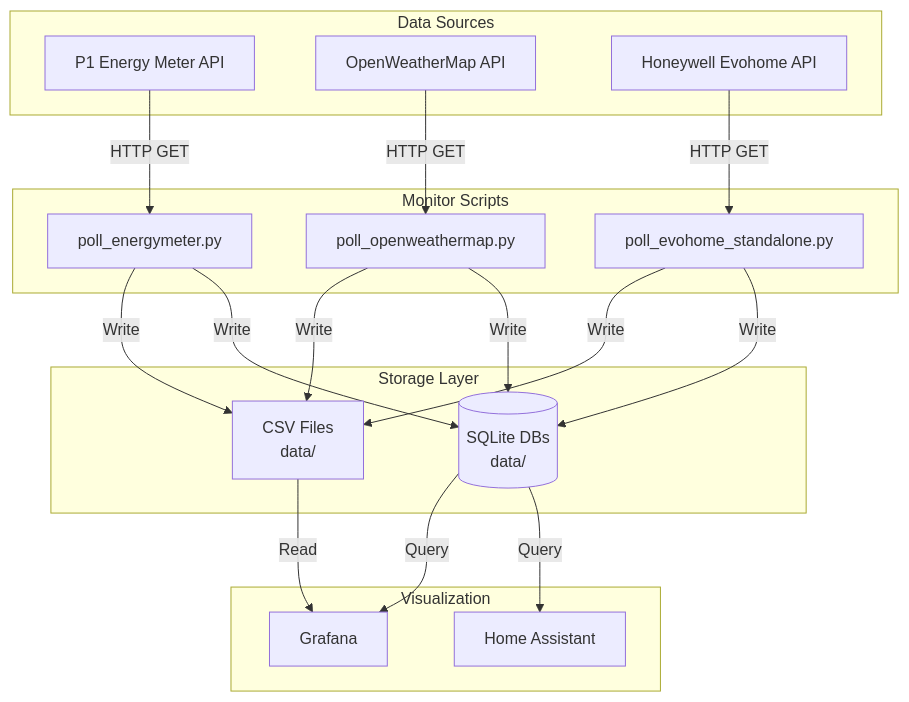
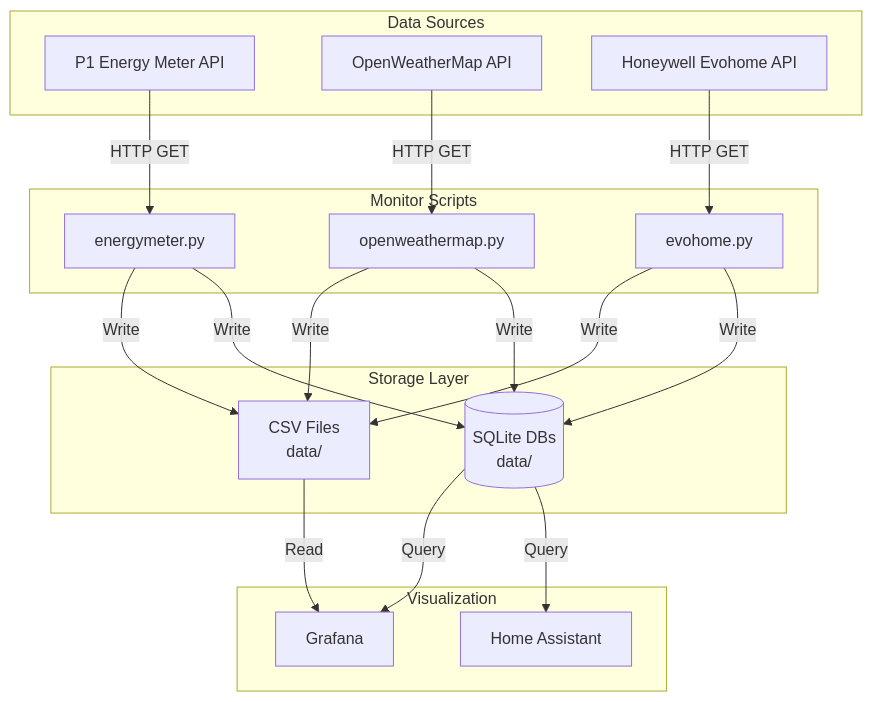
Before and after one commit to divyavanmahajan/monitor: the diagram in docs/Architecture.md, drawn with Mermaid. The commit also changed other lines of this file and 11 other files, not shown here.

````diff
--- a/docs/Architecture.md
+++ b/docs/Architecture.md
@@ -11,39 +11,39 @@
 ```mermaid
 graph TB
     subgraph "Data Sources"
         P1[P1 Energy Meter API]
         OWM[OpenWeatherMap API]
         EVO[Honeywell Evohome API]
     end
     
     subgraph "Monitor Scripts"
-        PE[poll_energymeter.py]
-        PW[poll_openweathermap.py]
-        PR[poll_evohome_standalone.py]
+        PE[energymeter.py]
+        PW[openweathermap.py]
+        PR[evohome.py]
     end
     
     subgraph "Storage Layer"
         CSVF[CSV Files<br/>data/]
         SQL[(SQLite DBs<br/>data/)]
     end
     
     subgraph "Visualization"
         GRF[Grafana]
         HA[Home Assistant]
     end
     
     P1 -->|HTTP GET| PE
     OWM -->|HTTP GET| PW
     EVO -->|HTTP GET| PR
     
     PE -->|Write| CSVF
     PE -->|Write| SQL
     PW -->|Write| CSVF
     PW -->|Write| SQL
     PR -->|Write| CSVF
     PR -->|Write| SQL
     
     SQL -->|Query| GRF
     SQL -->|Query| HA
     CSVF -->|Read| GRF
 ```
````
